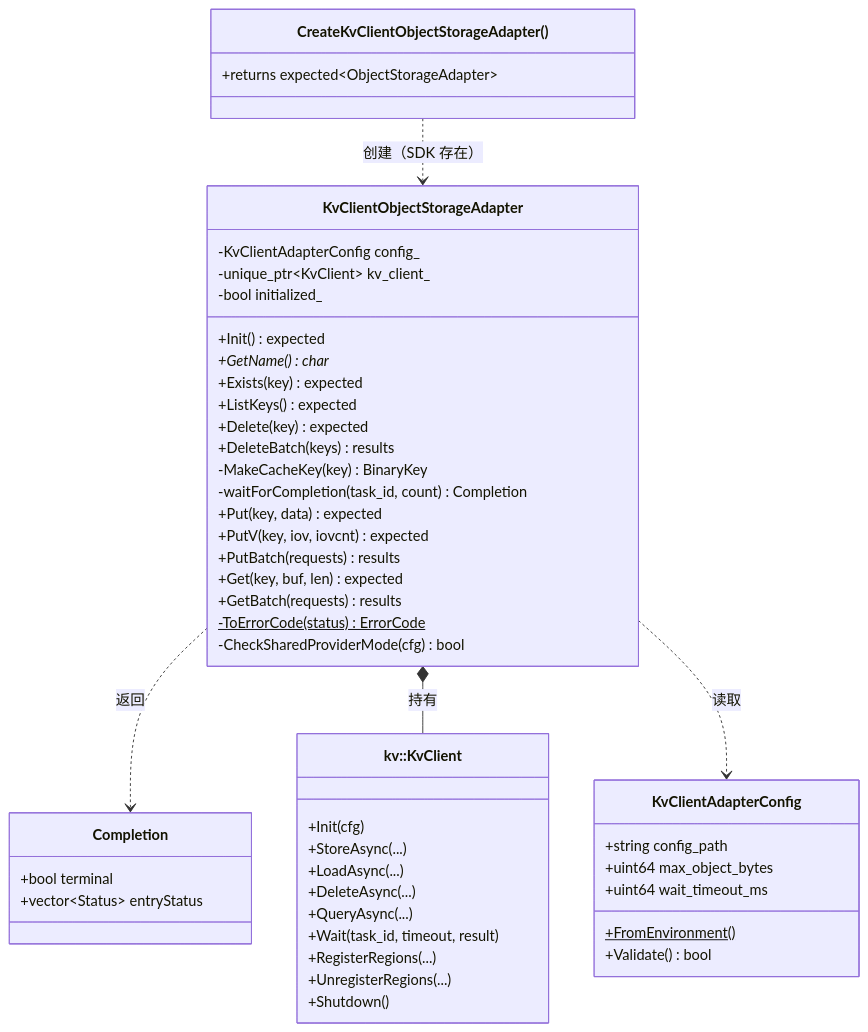
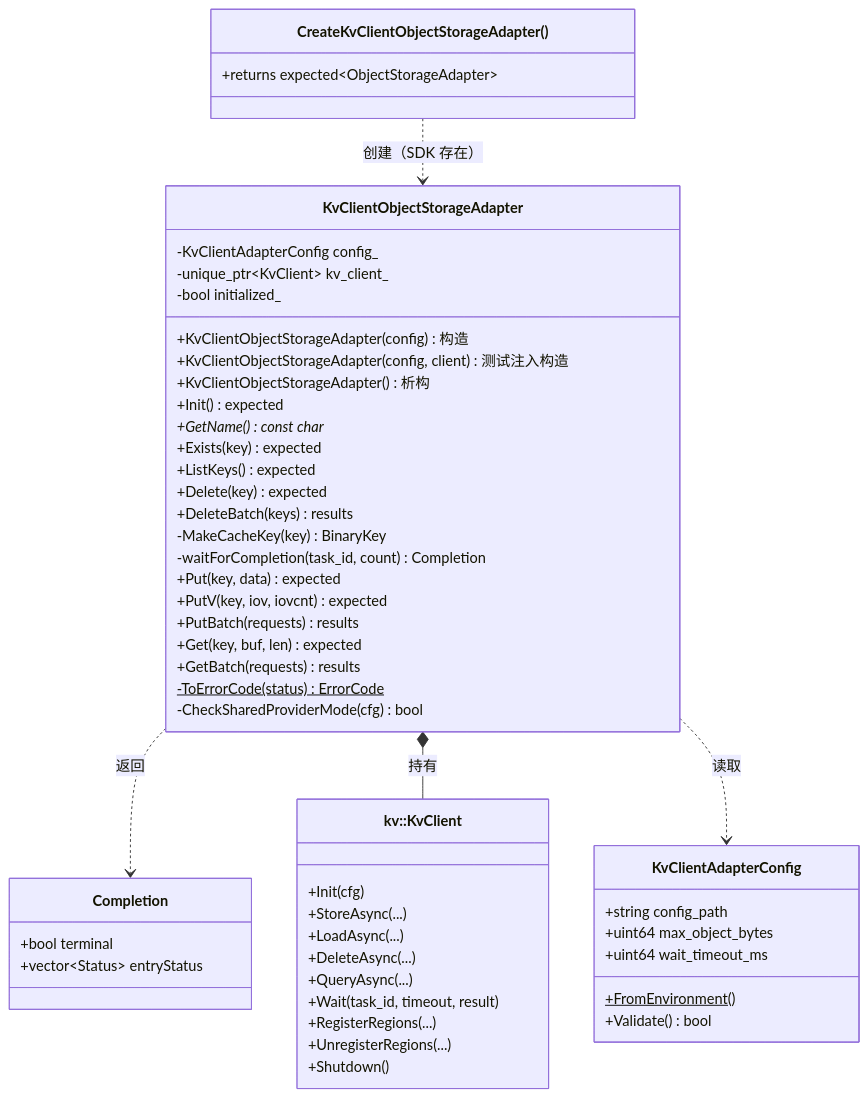
The first of 9 diagrams in Mooncake + KVClient L3 接入（Kvcs）- PR 实施设计.md (zwj20000328-dotcom/Mooncake-documents), drawn with Mermaid before and after one commit. The commit also changed other lines of this file, not shown here.

````diff
--- a/Mooncake + KVClient L3 接入（Kvcs）- PR 实施设计.md
+++ b/Mooncake + KVClient L3 接入（Kvcs）- PR 实施设计.md
@@ -43,60 +43,63 @@
 ```mermaid
 classDiagram
     direction TB
 
     class KvClientAdapterConfig {
         +string config_path
         +uint64 max_object_bytes
         +uint64 wait_timeout_ms
         +FromEnvironment()$
         +Validate() bool
     }
 
     class Completion {
         +bool terminal
         +vector~Status~ entryStatus
     }
 
     class KvClientObjectStorageAdapter {
         -KvClientAdapterConfig config_
         -unique_ptr~KvClient~ kv_client_
         -bool initialized_
+        +KvClientObjectStorageAdapter(config) 构造
+        +KvClientObjectStorageAdapter(config, client) 测试注入构造
+        +KvClientObjectStorageAdapter() 析构
         +Init() expected
-        +GetName() char*
+        +GetName() const char*
         +Exists(key) expected
         +ListKeys() expected
         +Delete(key) expected
         +DeleteBatch(keys) results
         -MakeCacheKey(key) BinaryKey
         -waitForCompletion(task_id, count) Completion
         +Put(key, data) expected
         +PutV(key, iov, iovcnt) expected
         +PutBatch(requests) results
         +Get(key, buf, len) expected
         +GetBatch(requests) results
         -ToErrorCode(status) ErrorCode$
         -CheckSharedProviderMode(cfg) bool
     }
 
     KvClientObjectStorageAdapter ..> Completion : 返回
 
     class SdkKvClient["kv::KvClient"] {
         +Init(cfg)
         +StoreAsync(...)
         +LoadAsync(...)
         +DeleteAsync(...)
         +QueryAsync(...)
         +Wait(task_id, timeout, result)
         +RegisterRegions(...)
         +UnregisterRegions(...)
         +Shutdown()
     }
 
     class Factory["CreateKvClientObjectStorageAdapter()"] {
         +returns expected~ObjectStorageAdapter~
     }
 
     KvClientObjectStorageAdapter *-- SdkKvClient : 持有
     KvClientObjectStorageAdapter ..> KvClientAdapterConfig : 读取
     Factory ..> KvClientObjectStorageAdapter : 创建（SDK 存在）
 ```
````
